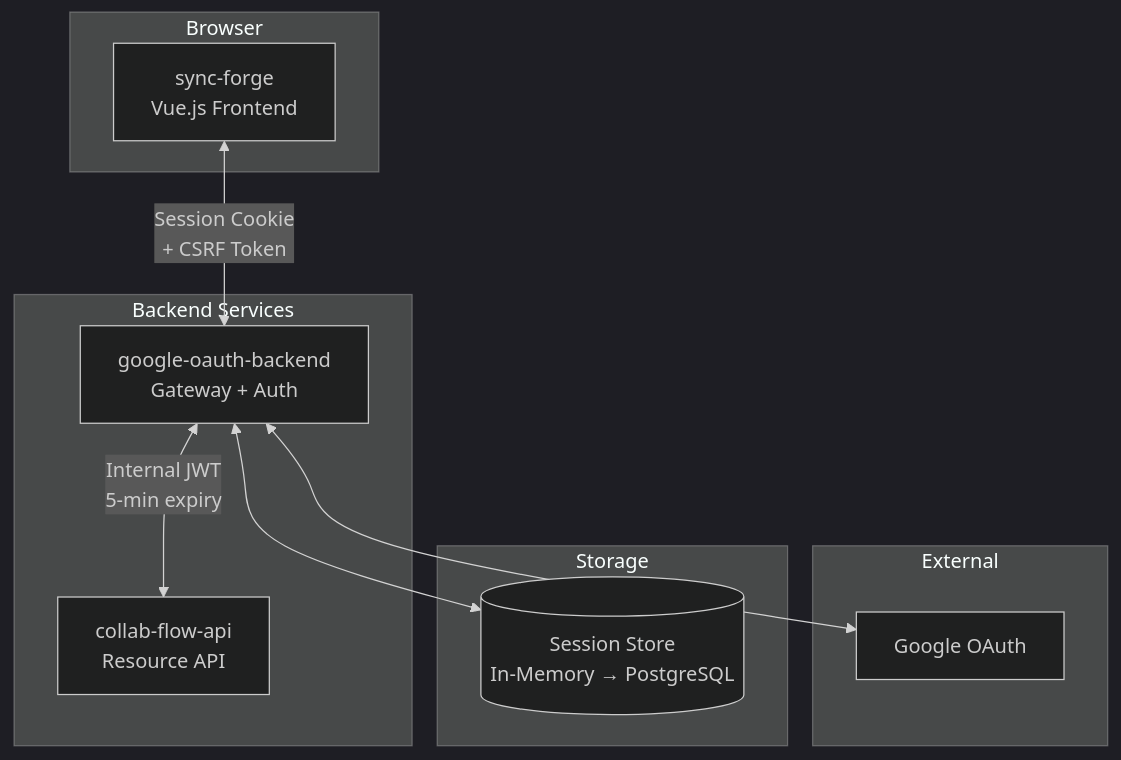
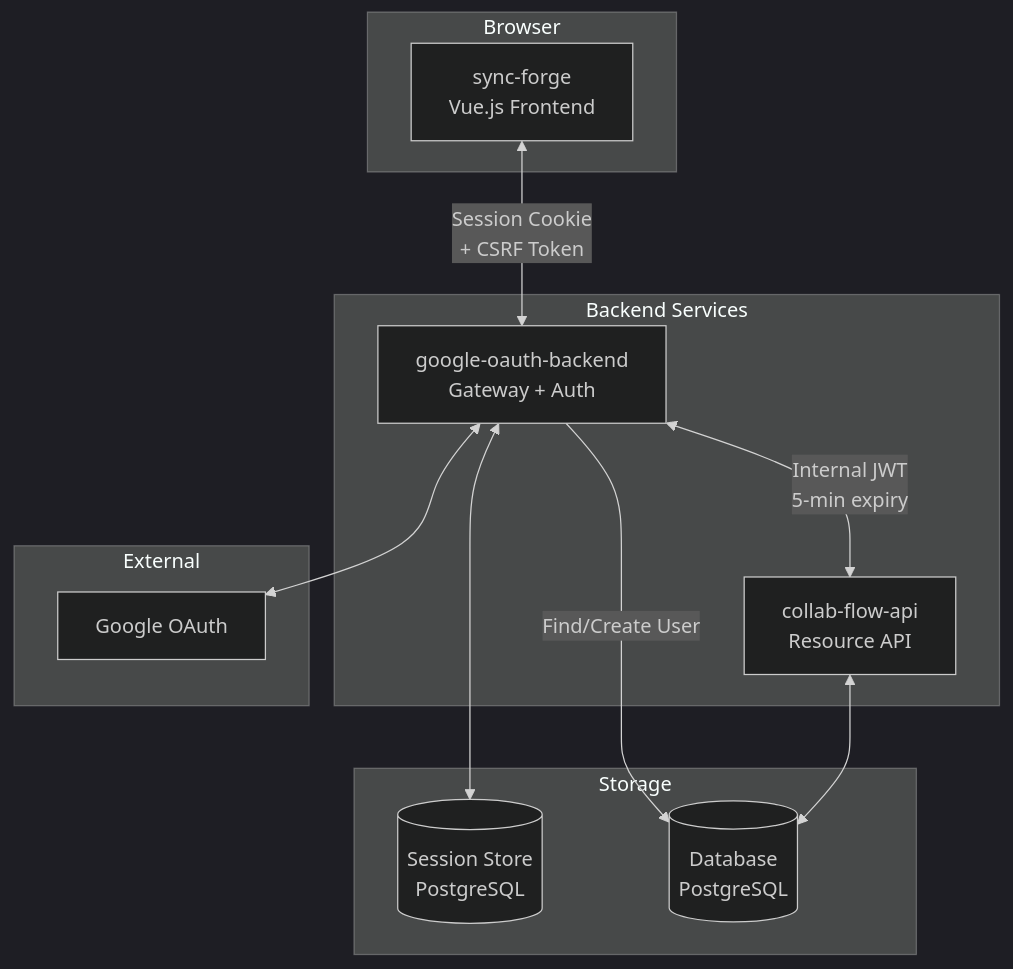
The first of 6 diagrams in SESSION_AUTH_DIAGRAMS.md (akronim/collab-flow), drawn with Mermaid (dark theme) before and after one commit. The commit also changed other lines of this file and 58 other files, not shown here.

````diff
--- a/SESSION_AUTH_DIAGRAMS.md
+++ b/SESSION_AUTH_DIAGRAMS.md
@@ -7,24 +7,27 @@
 ```mermaid
 flowchart TB
     subgraph Browser
         FE[sync-forge<br/>Vue.js Frontend]
     end
 
     subgraph Backend Services
         GW[google-oauth-backend<br/>Gateway + Auth]
         API[collab-flow-api<br/>Resource API]
     end
 
     subgraph External
         Google[Google OAuth]
     end
 
     subgraph Storage
-        SS[(Session Store<br/>In-Memory → PostgreSQL)]
+        SS[(Session Store<br/>PostgreSQL)]
+        DB[(Database<br/>PostgreSQL)]
     end
 
     FE <-->|Session Cookie<br/>+ CSRF Token| GW
     GW <-->|Internal JWT<br/>5-min expiry| API
     GW <--> Google
     GW <--> SS
+    GW -->|Find/Create User| DB
+    API <--> DB
 ```
````
